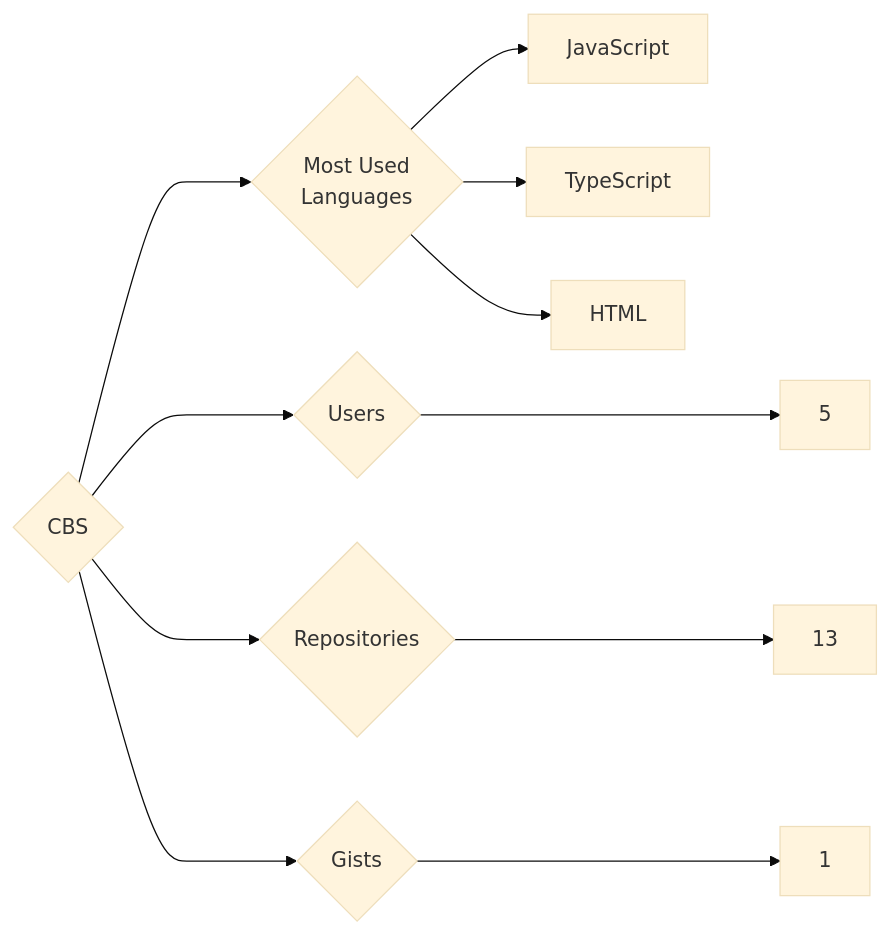
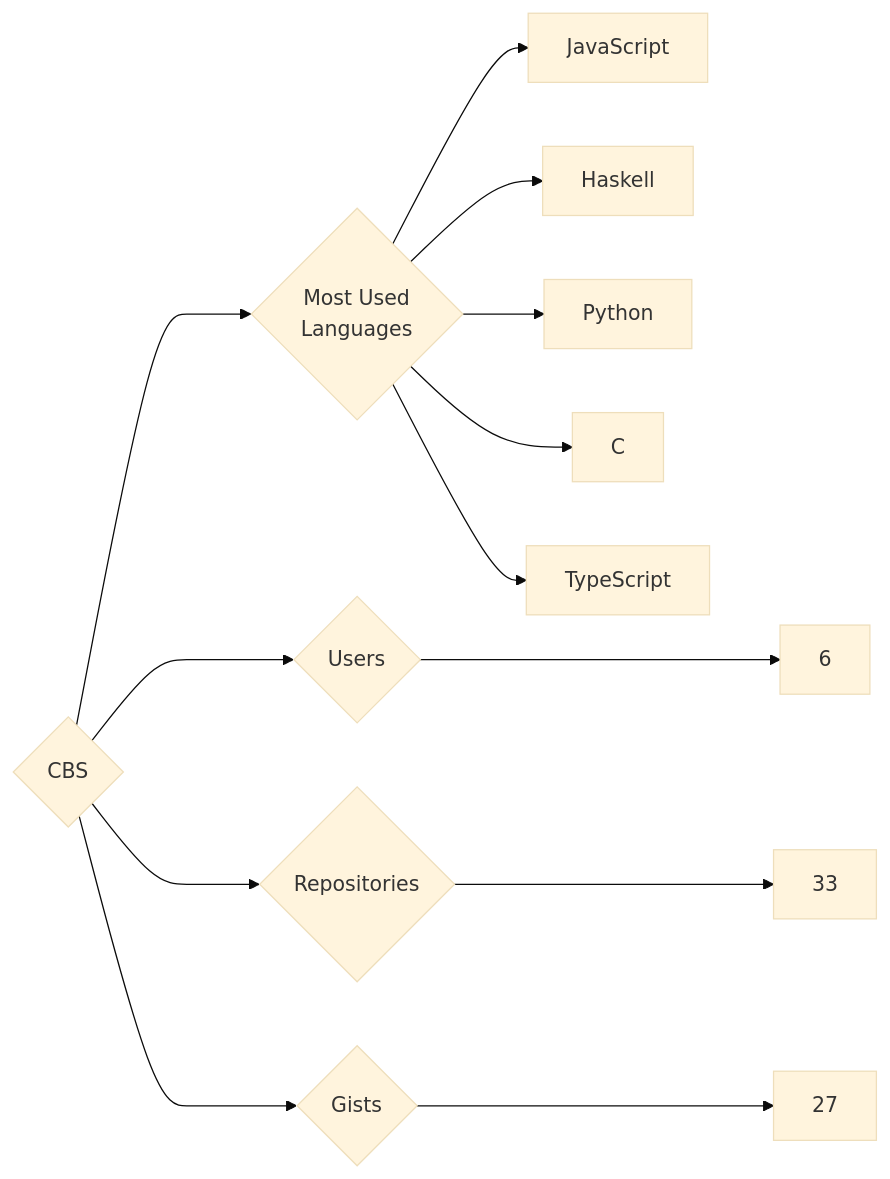
One commit to trickest/insiders changed the diagram in targets/CBS/README.md. Above: the diagram before and after it, drawn with Mermaid (base theme). The commit also changed 997 other files, not shown here.

````diff
--- a/targets/CBS/README.md
+++ b/targets/CBS/README.md
@@ -3,11 +3,13 @@
 ```mermaid
 graph LR
 COMPANY_NAME{CBS}
-COMPANY_NAME ---> U{Users} ---> UN[5]
-COMPANY_NAME ---> R{Repositories} ---> RN[13]
-COMPANY_NAME ---> G{Gists} ---> GN[1]
+COMPANY_NAME ---> U{Users} ---> UN[6]
+COMPANY_NAME ---> R{Repositories} ---> RN[33]
+COMPANY_NAME ---> G{Gists} ---> GN[27]
 COMPANY_NAME ---> ML{Most Used<br>Languages}
 ML --> JavaScript[JavaScript]
+ML --> Haskell[Haskell]
+ML --> Python[Python]
+ML --> C[C]
 ML --> TypeScript[TypeScript]
-ML --> HTML[HTML]
 ```
````
